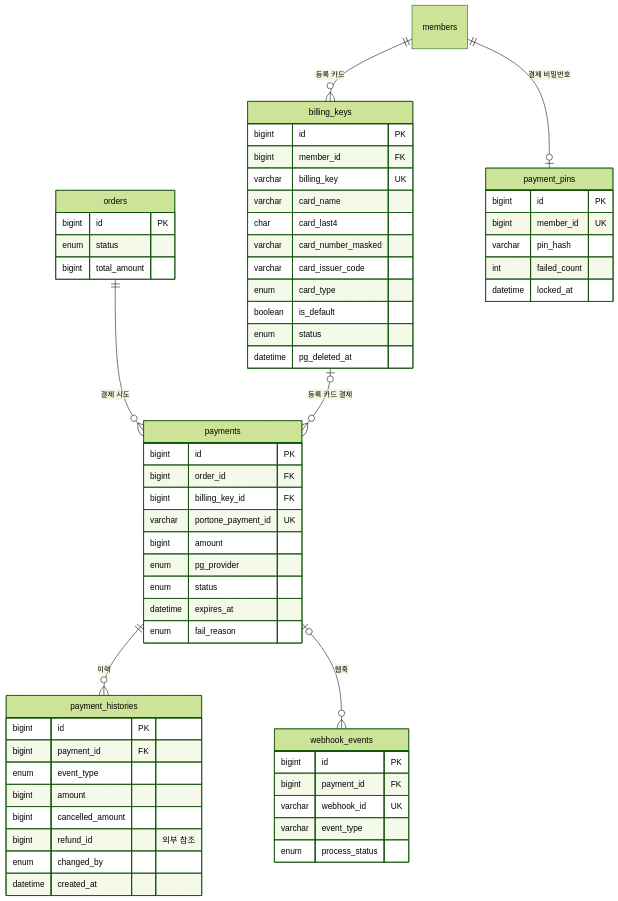
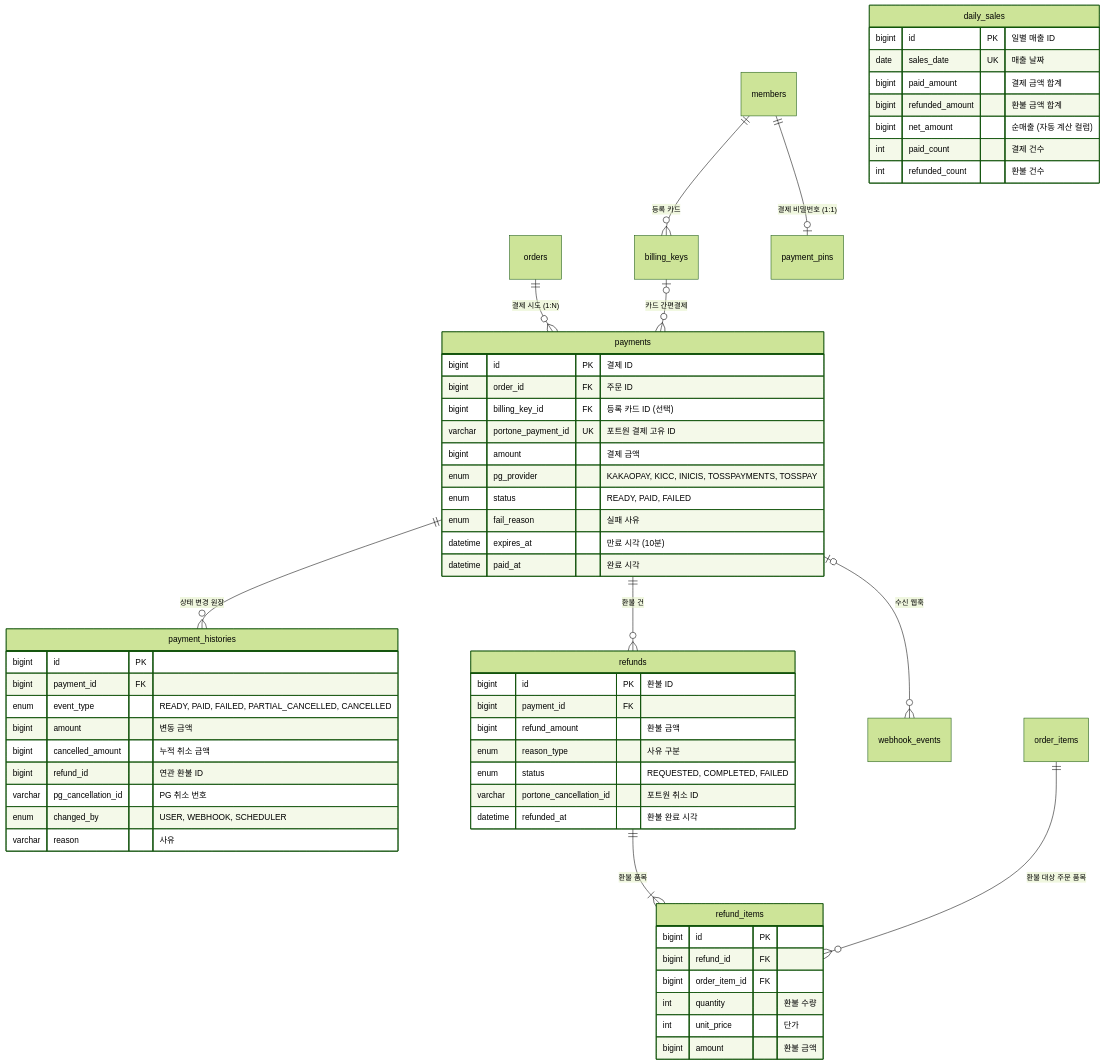
Before and after one commit to sparta-final-4/take-care-of-my-fridge: the seventh of 10 diagrams in docs/database/erd.md, drawn with Mermaid (forest theme). The commit also changed other lines of this file and 24 other files, not shown here.

````diff
--- a/docs/database/erd.md
+++ b/docs/database/erd.md
@@ -297,63 +313,68 @@
 ```mermaid
 erDiagram
-    orders ||--o{ payments : "결제 시도"
+    orders ||--o{ payments : "결제 시도 (1:N)"
     members ||--o{ billing_keys : "등록 카드"
-    members ||--o| payment_pins : "결제 비밀번호"
-    billing_keys |o--o{ payments : "등록 카드 결제"
-    payments ||--o{ payment_histories : "이력"
-    payments |o--o{ webhook_events : "웹훅"
+    members ||--o| payment_pins : "결제 비밀번호 (1:1)"
+    billing_keys |o--o{ payments : "카드 간편결제"
 
-    orders {
-        bigint id PK
-        enum status
-        bigint total_amount
+    payments ||--o{ payment_histories : "상태 변경 원장"
+    payments ||--o{ refunds : "환불 건"
+    payments |o--o{ webhook_events : "수신 웹훅"
+
+    refunds ||--|{ refund_items : "환불 품목"
+    order_items ||--o{ refund_items : "환불 대상 주문 품목"
+
+    payments {
+        bigint id PK "결제 ID"
+        bigint order_id FK "주문 ID"
+        bigint billing_key_id FK "등록 카드 ID (선택)"
+        varchar portone_payment_id UK "포트원 결제 고유 ID"
+        bigint amount "결제 금액"
+        enum pg_provider "KAKAOPAY, KICC, INICIS, TOSSPAYMENTS, TOSSPAY"
+        enum status "READY, PAID, FAILED"
+        enum fail_reason "실패 사유"
+        datetime expires_at "만료 시각 (10분)"
+        datetime paid_at "완료 시각"
     }
-    billing_keys {
-        bigint id PK
-        bigint member_id FK
-        varchar billing_key UK
-        varchar card_name
-        char card_last4
-        varchar card_number_masked
-        varchar card_issuer_code
-        enum card_type
-        boolean is_default
-        enum status
-        datetime pg_deleted_at
-    }
-    payment_pins {
-        bigint id PK
-        bigint member_id UK
-        varchar pin_hash
-        int failed_count
-        datetime locked_at
-    }
-    payments {
-        bigint id PK
-        bigint order_id FK
-        bigint billing_key_id FK
-        varchar portone_payment_id UK
-        bigint amount
-        enum pg_provider
-        enum status
-        datetime expires_at
-        enum fail_reason
-    }
+
     payment_histories {
         bigint id PK
         bigint payment_id FK
-        enum event_type
-        bigint amount
-        bigint cancelled_amount
-        bigint refund_id "외부 참조"
-        enum changed_by
-        datetime created_at
+        enum event_type "READY, PAID, FAILED, PARTIAL_CANCELLED, CANCELLED"
+        bigint amount "변동 금액"
+        bigint cancelled_amount "누적 취소 금액"
+        bigint refund_id "연관 환불 ID"
+        varchar pg_cancellation_id "PG 취소 번호"
+        enum changed_by "USER, WEBHOOK, SCHEDULER"
+        varchar reason "사유"
     }
-    webhook_events {
+
+    refunds {
+        bigint id PK "환불 ID"
+        bigint payment_id FK
+        bigint refund_amount "환불 금액"
+        enum reason_type "사유 구분"
+        enum status "REQUESTED, COMPLETED, FAILED"
+        varchar portone_cancellation_id "포트원 취소 ID"
+        datetime refunded_at "환불 완료 시각"
+    }
+
+    refund_items {
         bigint id PK
-        bigint payment_id FK
-        varchar webhook_id UK
-        varchar event_type
-        enum process_status
+        bigint refund_id FK
+        bigint order_item_id FK
+        int quantity "환불 수량"
+        int unit_price "단가"
+        bigint amount "환불 금액"
+    }
+
+    daily_sales {
+        bigint id PK "일별 매출 ID"
+        date sales_date UK "매출 날짜"
+        bigint paid_amount "결제 금액 합계"
+        bigint refunded_amount "환불 금액 합계"
+        bigint net_amount "순매출 (자동 계산 컬럼)"
+        int paid_count "결제 건수"
+        int refunded_count "환불 건수"
     }
 ```
````
